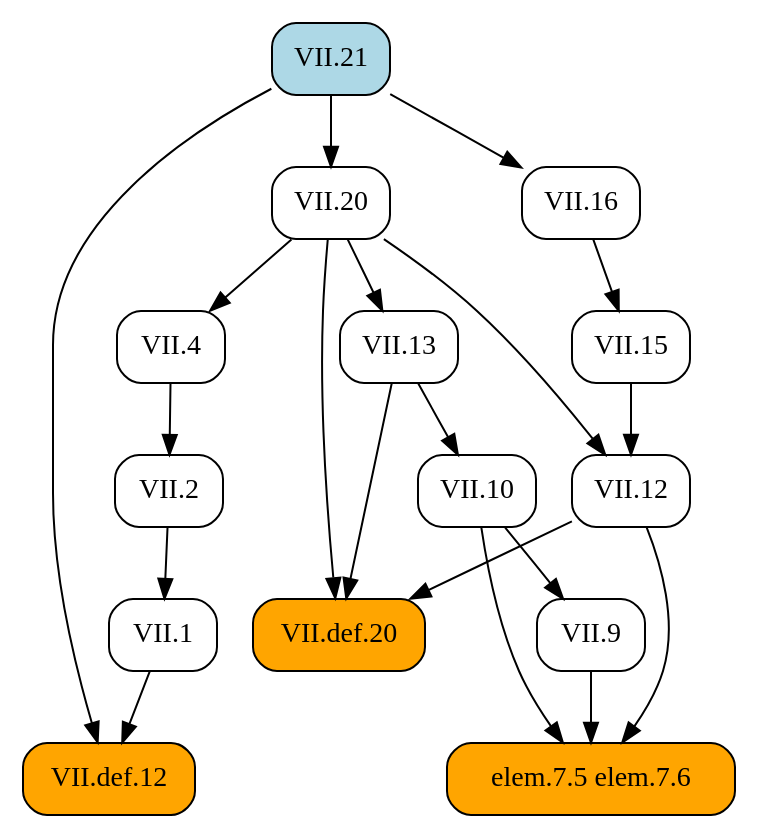
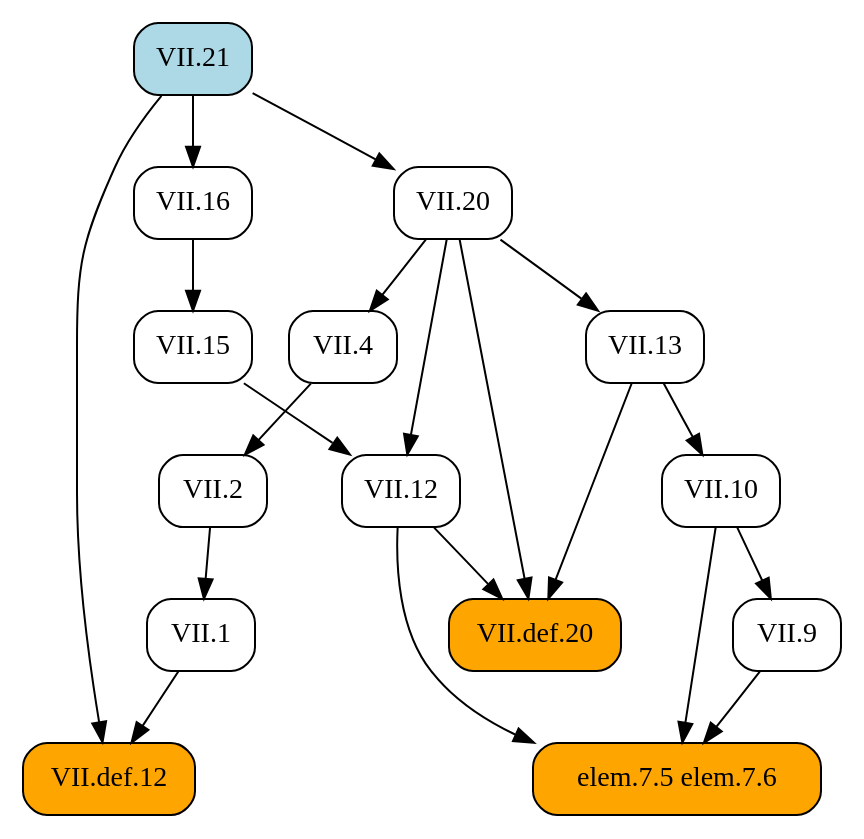
Before and after one commit to geometor/elements: the diagram in docsrc/heath/VII/21/index.rst, drawn with Graphviz. The commit also changed other lines of this file and 484 other files, not shown here.

```diff
--- a/docsrc/heath/VII/21/index.rst
+++ b/docsrc/heath/VII/21/index.rst
@@ -44,39 +44,39 @@
 .. graphviz::
 
    digraph {
      rankdir="TB";
      node [shape=box, style=rounded];
-     "elem.7.5 elem.7.6" [style="rounded,filled", fillcolor=orange];
-     "VII.20" [URL="/heath/VII/20/", target="_top"];
-     "VII.def.12" [style="rounded,filled", fillcolor=orange, URL="/heath/VII/def.12/", target="_top"];
-     "VII.1" [URL="/heath/VII/1/", target="_top"];
-     "VII.10" [URL="/heath/VII/10/", target="_top"];
-     "VII.9" [URL="/heath/VII/9/", target="_top"];
      "VII.13" [URL="/heath/VII/13/", target="_top"];
-     "VII.2" [URL="/heath/VII/2/", target="_top"];
-     "VII.16" [URL="/heath/VII/16/", target="_top"];
      "VII.12" [URL="/heath/VII/12/", target="_top"];
      "VII.4" [URL="/heath/VII/4/", target="_top"];
+     "VII.def.12" [style="rounded,filled", fillcolor=orange, URL="/heath/VII/def.12/", target="_top"];
+     "elem.7.5 elem.7.6" [style="rounded,filled", fillcolor=orange];
+     "VII.9" [URL="/heath/VII/9/", target="_top"];
+     "VII.1" [URL="/heath/VII/1/", target="_top"];
+     "VII.16" [URL="/heath/VII/16/", target="_top"];
+     "VII.21" [style="rounded,filled", fillcolor=lightblue, URL="/heath/VII/21/", target="_top"];
+     "VII.20" [URL="/heath/VII/20/", target="_top"];
+     "VII.2" [URL="/heath/VII/2/", target="_top"];
+     "VII.def.20" [style="rounded,filled", fillcolor=orange, URL="/heath/VII/def.20/", target="_top"];
      "VII.15" [URL="/heath/VII/15/", target="_top"];
-     "VII.21" [style="rounded,filled", fillcolor=lightblue, URL="/heath/VII/21/", target="_top"];
-     "VII.def.20" [style="rounded,filled", fillcolor=orange, URL="/heath/VII/def.20/", target="_top"];
+     "VII.10" [URL="/heath/VII/10/", target="_top"];
+     "VII.20" -> "VII.13";
+     "VII.15" -> "VII.12";
+     "VII.20" -> "VII.12";
+     "VII.20" -> "VII.4";
+     "VII.1" -> "VII.def.12";
+     "VII.21" -> "VII.def.12";
      "VII.9" -> "elem.7.5 elem.7.6";
      "VII.10" -> "elem.7.5 elem.7.6";
      "VII.12" -> "elem.7.5 elem.7.6";
+     "VII.10" -> "VII.9";
+     "VII.2" -> "VII.1";
+     "VII.21" -> "VII.16";
      "VII.21" -> "VII.20";
-     "VII.1" -> "VII.def.12";
-     "VII.21" -> "VII.def.12";
-     "VII.2" -> "VII.1";
-     "VII.13" -> "VII.10";
-     "VII.10" -> "VII.9";
-     "VII.20" -> "VII.13";
      "VII.4" -> "VII.2";
-     "VII.21" -> "VII.16";
-     "VII.15" -> "VII.12";
-     "VII.20" -> "VII.12";
-     "VII.20" -> "VII.4";
-     "VII.16" -> "VII.15";
      "VII.12" -> "VII.def.20";
      "VII.13" -> "VII.def.20";
      "VII.20" -> "VII.def.20";
+     "VII.16" -> "VII.15";
+     "VII.13" -> "VII.10";
    }
```
